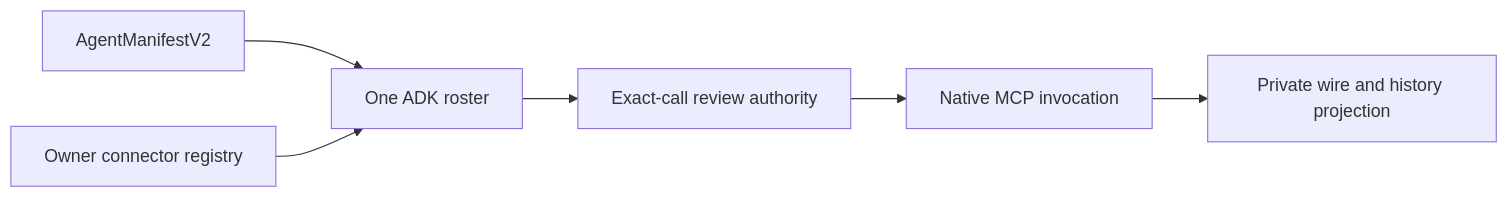
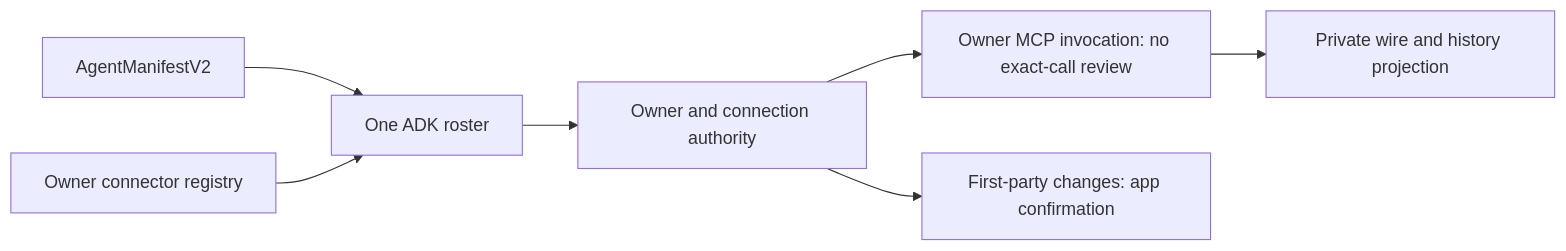
One commit to hushh-labs/hushh-research changed the first of 2 diagrams in docs/reference/quality/adk-orchestration-docs-audit.md. Above: the diagram before and after it, drawn with Mermaid. The commit also changed other lines of this file and 76 other files, not shown here.

````diff
--- a/docs/reference/quality/adk-orchestration-docs-audit.md
+++ b/docs/reference/quality/adk-orchestration-docs-audit.md
@@ -5,8 +5,9 @@
 ```mermaid
 flowchart LR
   manifest["AgentManifestV2"] --> roster["One ADK roster"]
   registry["Owner connector registry"] --> roster
-  roster --> review["Exact-call review authority"]
-  review --> mcp["Native MCP invocation"]
+  roster --> authority["Owner and connection authority"]
+  authority --> mcp["Owner MCP invocation: no exact-call review"]
+  authority --> review["First-party changes: app confirmation"]
   mcp --> projection["Private wire and history projection"]
 ```
````
